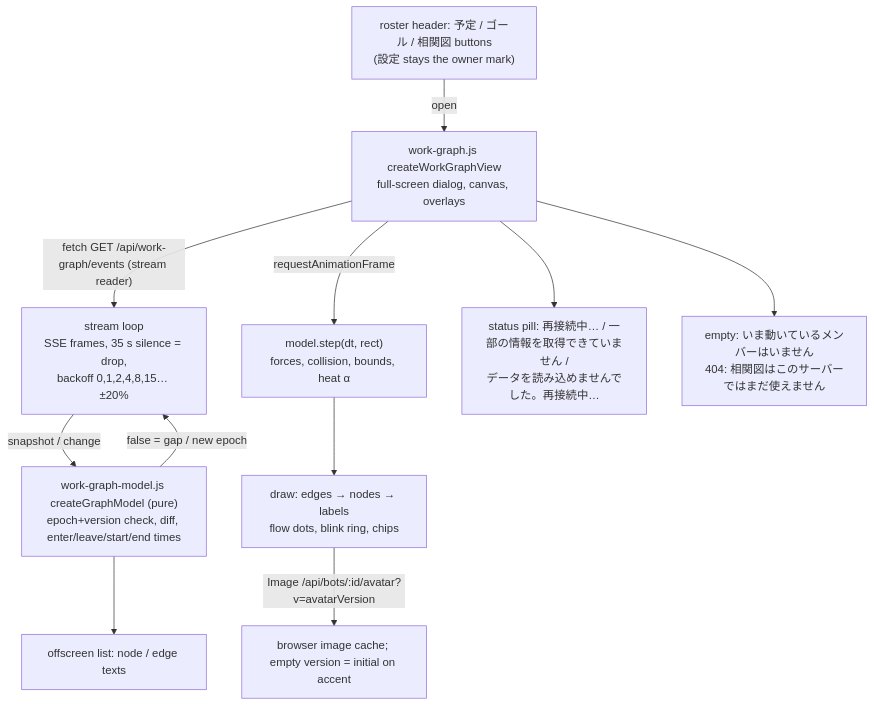
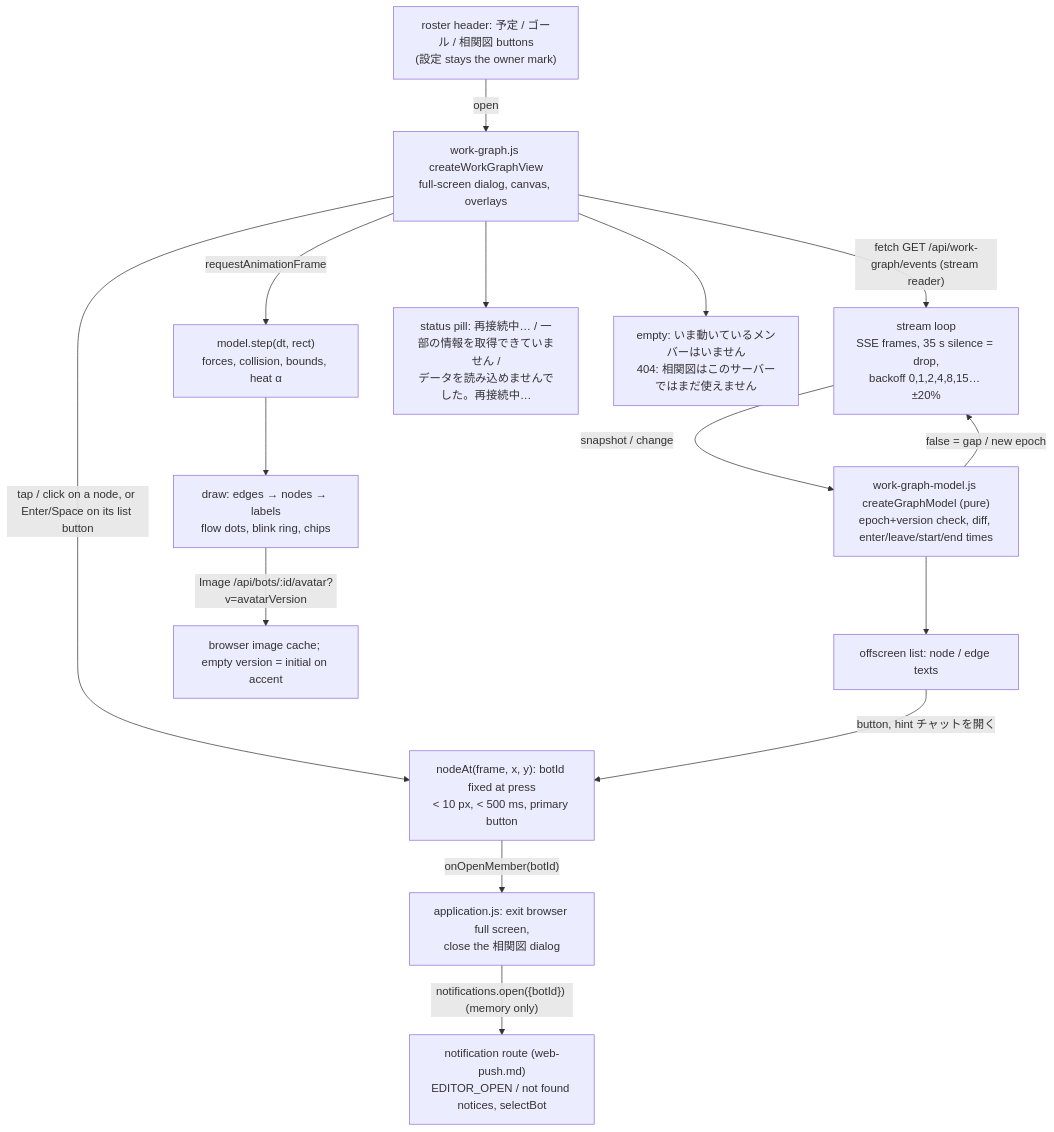
The diagram in docs/architecture/modules/web/work-graph.md (kitepon/BellTeam), drawn with Mermaid before and after one commit. The commit also changed other lines of this file and 8 other files, not shown here.

First line of the commit message:
web work-graph: tap a member to open its chat; chip visibility decided once per edge

````diff
--- a/docs/architecture/modules/web/work-graph.md
+++ b/docs/architecture/modules/web/work-graph.md
@@ -7,13 +7,17 @@
 ```mermaid
 flowchart TD
   Nav["roster header: 予定 / ゴール / 相関図 buttons<br/>(設定 stays the owner mark)"] -->|open| View["work-graph.js createWorkGraphView<br/>full-screen dialog, canvas, overlays"]
   View -->|"fetch GET /api/work-graph/events (stream reader)"| Stream["stream loop<br/>SSE frames, 35 s silence = drop,<br/>backoff 0,1,2,4,8,15… ±20%"]
   Stream -->|snapshot / change| Model["work-graph-model.js createGraphModel (pure)<br/>epoch+version check, diff, enter/leave/start/end times"]
   Model -->|"false = gap / new epoch"| Stream
   View -->|requestAnimationFrame| Step["model.step(dt, rect)<br/>forces, collision, bounds, heat α"]
   Step --> Draw["draw: edges → nodes → labels<br/>flow dots, blink ring, chips"]
   Model --> A11y["offscreen list: node / edge texts"]
   View --> Pills["status pill: 再接続中… / 一部の情報を取得できていません /<br/>データを読み込めませんでした。再接続中…"]
   View --> Empty["empty: いま動いているメンバーはいません<br/>404: 相関図はこのサーバーではまだ使えません"]
   Draw -->|"Image /api/bots/:id/avatar?v=avatarVersion"| Avatars["browser image cache; empty version = initial on accent"]
+  View -->|"tap / click on a node, or Enter/Space on its list button"| Tap["nodeAt(frame, x, y): botId fixed at press<br/>&lt; 10 px, &lt; 500 ms, primary button"]
+  A11y -->|"button, hint チャットを開く"| Tap
+  Tap -->|"onOpenMember(botId)"| App["application.js: exit browser full screen,<br/>close the 相関図 dialog"]
+  App -->|"notifications.open({botId}) (memory only)"| Route["notification route (web-push.md)<br/>EDITOR_OPEN / not found notices, selectBot"]
 ```
````
